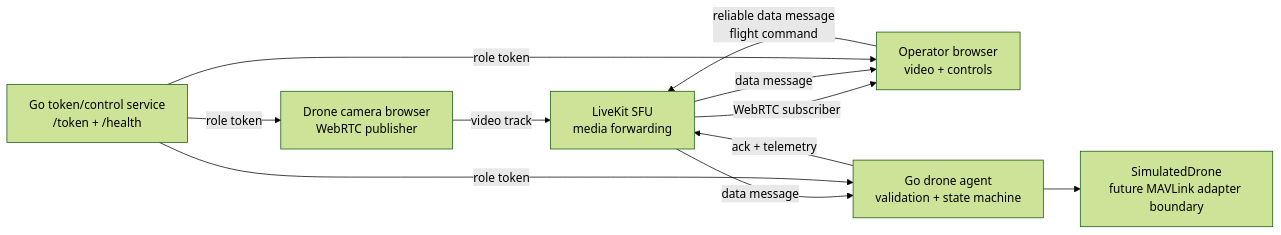
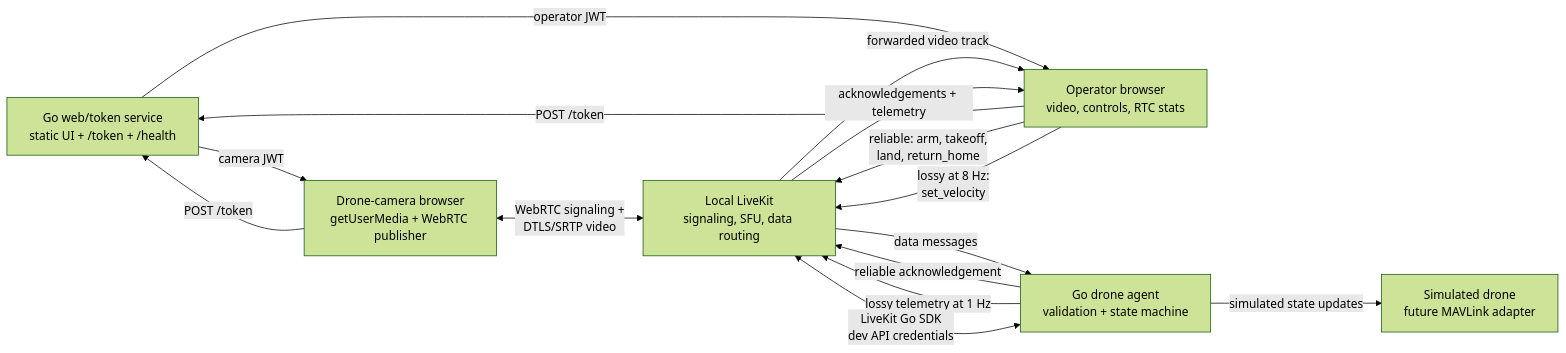
The diagram in README.md (rayning0/dronelink), drawn with Mermaid (forest theme) before and after one commit. The commit also changed other lines of this file, not shown here.

Commit message:
Revise architecture diagram + update README

````diff
--- a/README.md
+++ b/README.md
@@ -54,13 +54,29 @@
 ```mermaid
 flowchart LR
-    C[Drone camera browser<br/>WebRTC publisher] -->|video track| S[LiveKit SFU<br/>media forwarding]
-    S -->|WebRTC subscriber| O[Operator browser<br/>video + controls]
-    O -->|reliable data message<br/>flight command| S
-    S -->|data message| A[Go drone agent<br/>validation + state machine]
-    A -->|ack + telemetry| S
-    S -->|data message| O
-    T[Go token/control service<br/>/token + /health] -->|role token| C
-    T -->|role token| O
-    T -->|role token| A
-    A --> D[SimulatedDrone<br/>future MAVLink adapter boundary]
+    T[Go web/token service<br/>static UI + /token + /health]
+
+    C[Drone-camera browser<br/>getUserMedia + WebRTC publisher]
+    O[Operator browser<br/>video, controls, RTC stats]
+    S[Local LiveKit<br/>signaling, SFU, data routing]
+    A[Go drone agent<br/>validation + state machine]
+    D[Simulated drone<br/>future MAVLink adapter]
+
+    C -->|POST /token| T
+    T -->|camera JWT| C
+    O -->|POST /token| T
+    T -->|operator JWT| O
+
+    C <-->|WebRTC signaling +<br/>DTLS/SRTP video| S
+    S -->|forwarded video track| O
+
+    O -->|reliable: arm, takeoff,<br/>land, return_home| S
+    O -->|lossy at 8 Hz:<br/>set_velocity| S
+    S -->|data messages| A
+
+    A -->|reliable acknowledgement| S
+    A -->|lossy telemetry at 1 Hz| S
+    S -->|acknowledgements + telemetry| O
+
+    A <-->|LiveKit Go SDK<br/>dev API credentials| S
+    A -->|simulated state updates| D
 ```
````
